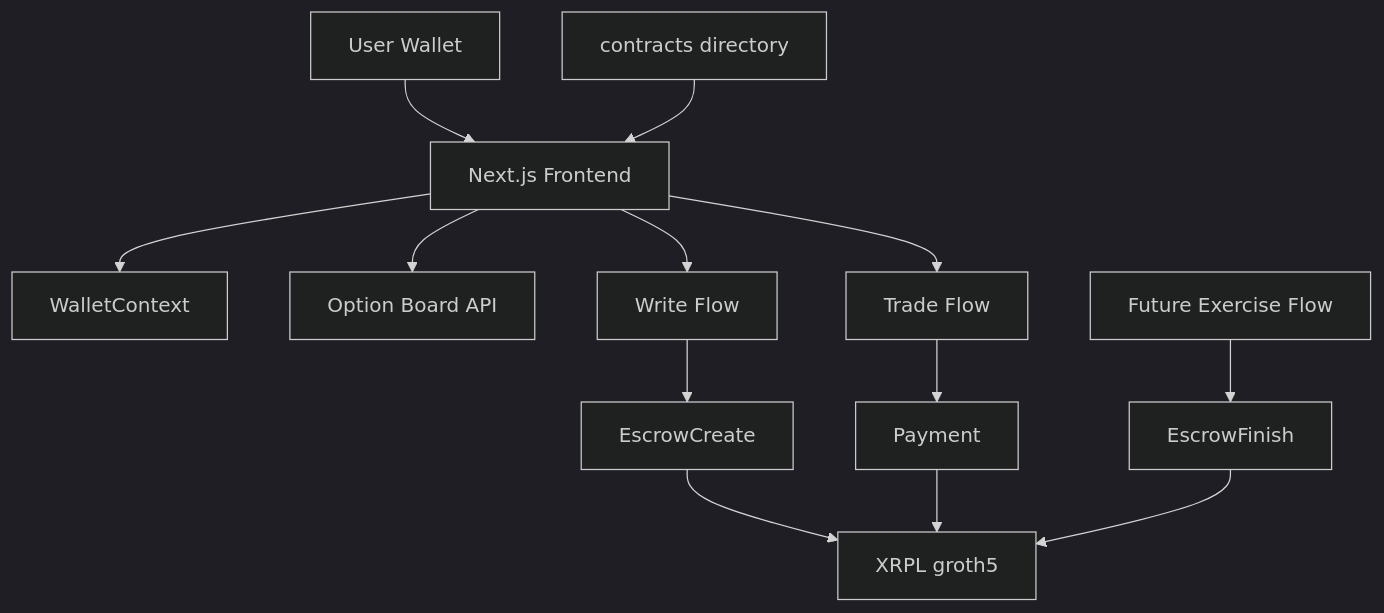
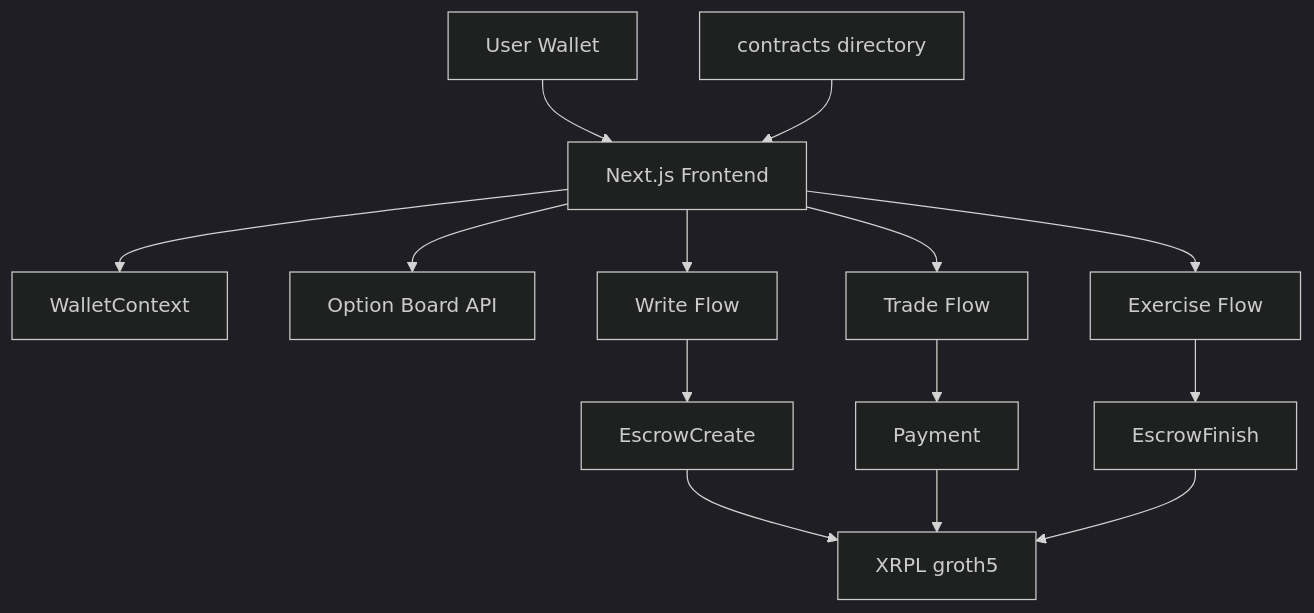
The first of 2 diagrams in front-end/README.md (PBW-xrp/monorepo_hacktheblock), drawn with Mermaid (dark theme) before and after one commit. The commit also changed other lines of this file and 2 other files, not shown here.

Commit message:
add exercise page

````diff
--- a/front-end/README.md
+++ b/front-end/README.md
@@ -17,15 +17,16 @@
 ```mermaid
 flowchart TD
     A[User Wallet] --> B[Next.js Frontend]
     B --> C[WalletContext]
     B --> D[Option Board API]
     B --> E[Write Flow]
     B --> F[Trade Flow]
+    B --> I[Exercise Flow]
     E --> G[EscrowCreate]
     F --> H[Payment]
-    I[Future Exercise Flow] --> J[EscrowFinish]
+    I --> J[EscrowFinish]
     G --> K[XRPL groth5]
     H --> K
     J --> K
     L[contracts directory] --> B
 ```
````
